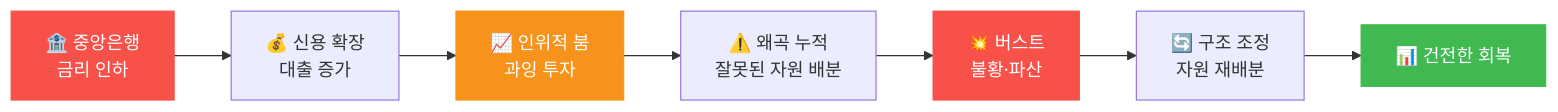
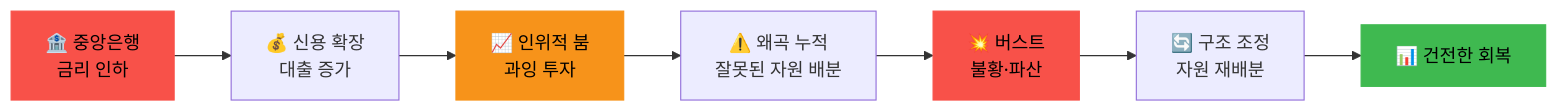
Before and after one commit to bc1qwerty/learn.txid.uk: the diagram in content/ko/ideas/abct.md, drawn with Mermaid. The commit also changed 50 other files, not shown here.

First line of the commit message:
Mermaid 다이어그램 텍스트 대비 개선: color:#fff → color:#000

```diff
--- a/content/ko/ideas/abct.md
+++ b/content/ko/ideas/abct.md
@@ -13,13 +13,13 @@
 {{< mermaid >}}
 graph LR
     A["🏦 중앙은행<br/>금리 인하"] --> B["💰 신용 확장<br/>대출 증가"]
     B --> C["📈 인위적 붐<br/>과잉 투자"]
     C --> D["⚠️ 왜곡 누적<br/>잘못된 자원 배분"]
     D --> E["💥 버스트<br/>불황·파산"]
     E --> F["🔄 구조 조정<br/>자원 재배분"]
     F --> G["📊 건전한 회복"]
-    style A fill:#f85149,stroke:#f85149,color:#fff
-    style C fill:#f7931a,stroke:#f7931a,color:#fff
-    style E fill:#f85149,stroke:#f85149,color:#fff
-    style G fill:#3fb950,stroke:#3fb950,color:#fff
+    style A fill:#f85149,stroke:#f85149,color:#000
+    style C fill:#f7931a,stroke:#f7931a,color:#000
+    style E fill:#f85149,stroke:#f85149,color:#000
+    style G fill:#3fb950,stroke:#3fb950,color:#000
 {{< /mermaid >}}
```
